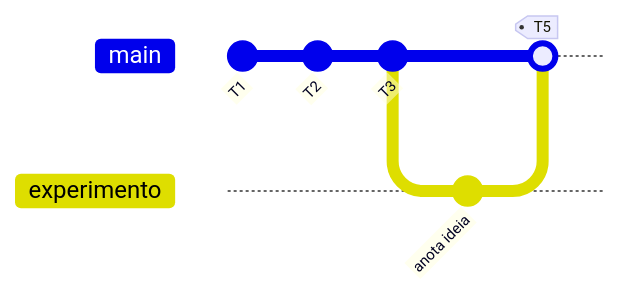
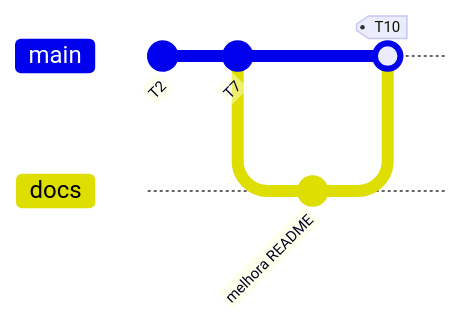
Before and after one commit to ruseleredu/docusaurus-shared-scripts: the second of 2 diagrams in lab-docs/extras/git-github-gh.mdx, drawn with Mermaid. The commit also changed other lines of this file, not shown here.

````diff
--- a/lab-docs/extras/git-github-gh.mdx
+++ b/lab-docs/extras/git-github-gh.mdx
@@ -276,11 +357,10 @@
 ```mermaid
 gitGraph
-   commit id: "T1"
    commit id: "T2"
-   commit id: "T3"
-   branch experimento
-   checkout experimento
-   commit id: "anota ideia"
+   commit id: "T7"
+   branch docs
+   checkout docs
+   commit id: "melhora README"
    checkout main
-   merge experimento tag: "T5"
+   merge docs tag: "T10"
 ```
````
